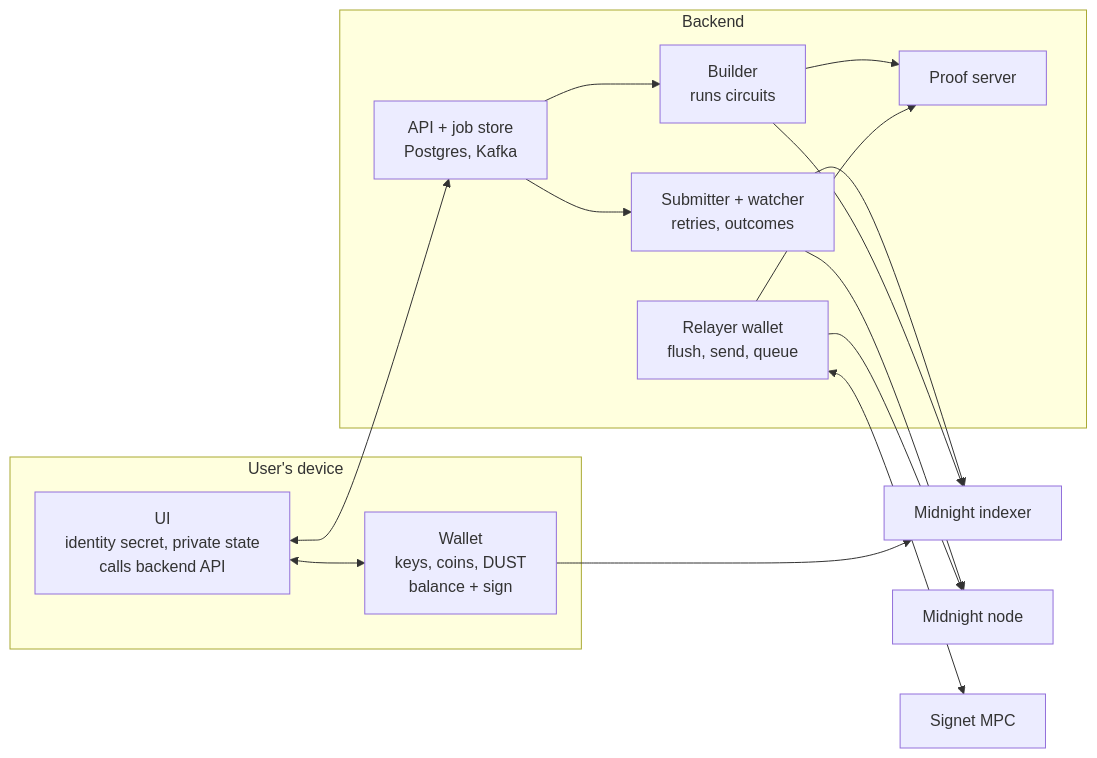
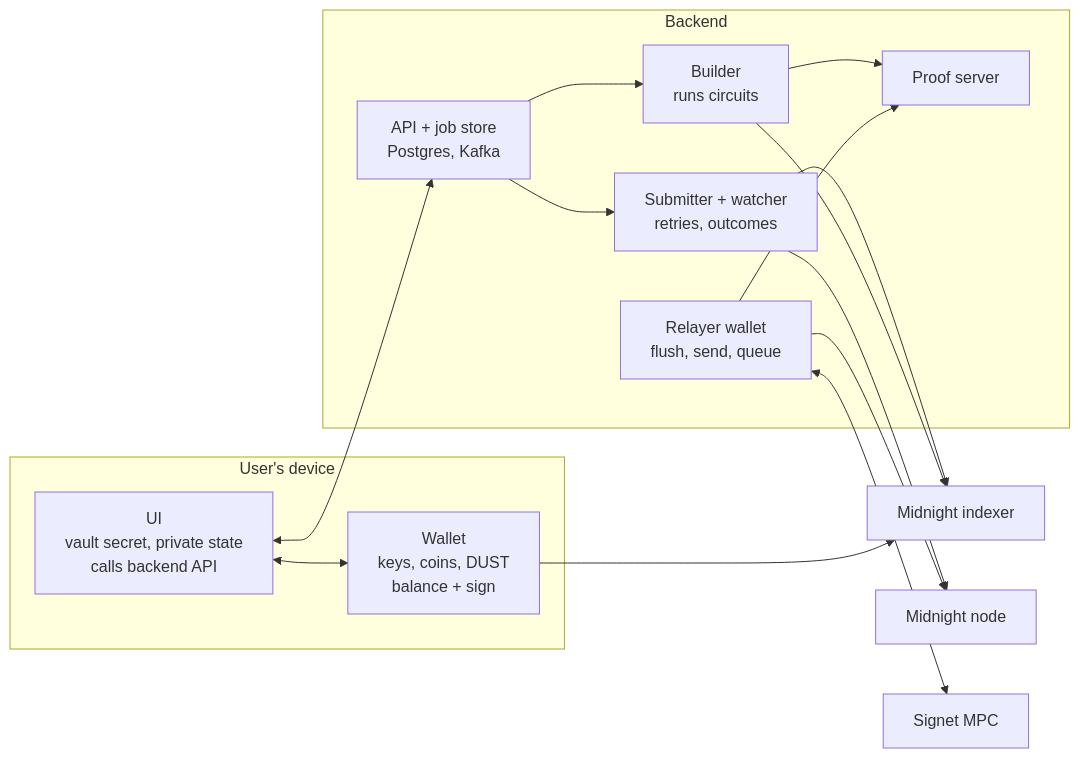
The first of 3 diagrams in docs/architecture.md (sig-net/full-stack-demo), drawn with Mermaid before and after one commit. The commit also changed other lines of this file and 144 other files, not shown here.

````diff
--- a/docs/architecture.md
+++ b/docs/architecture.md
@@ -97,27 +109,27 @@
 ```mermaid
 flowchart LR
   subgraph user [User's device]
     Wallet["Wallet<br/>keys, coins, DUST<br/>balance + sign"]
-    UI["UI<br/>identity secret, private state<br/>calls backend API"]
+    UI["UI<br/>vault secret, private state<br/>calls backend API"]
   end
   subgraph backend [Backend]
     API["API + job store<br/>Postgres, Kafka"]
     Builder["Builder<br/>runs circuits"]
     Submitter["Submitter + watcher<br/>retries, outcomes"]
     Relayer["Relayer wallet<br/>flush, send, queue"]
     Prover["Proof server"]
   end
   Indexer["Midnight indexer"]
   Node["Midnight node"]
   MPC["Signet MPC"]
   UI <--> Wallet
   UI <--> API
   API --> Builder --> Prover
   API --> Submitter --> Node
   Submitter --> Indexer
   Builder --> Indexer
   Relayer --> Prover
   Relayer --> Node
   Relayer <--> MPC
   Wallet --> Indexer
 ```
````
